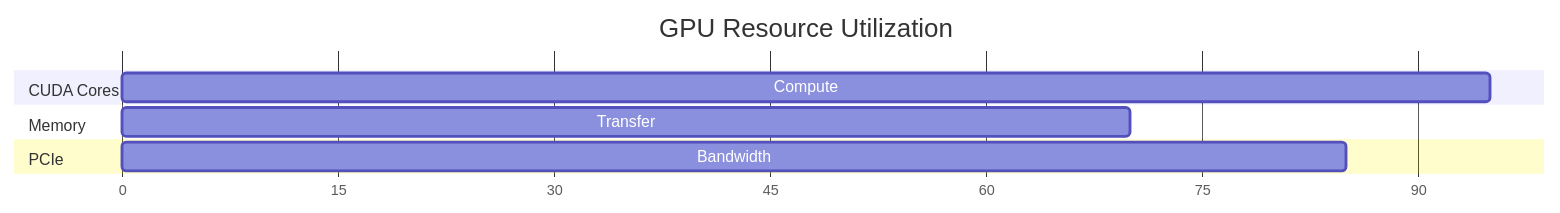
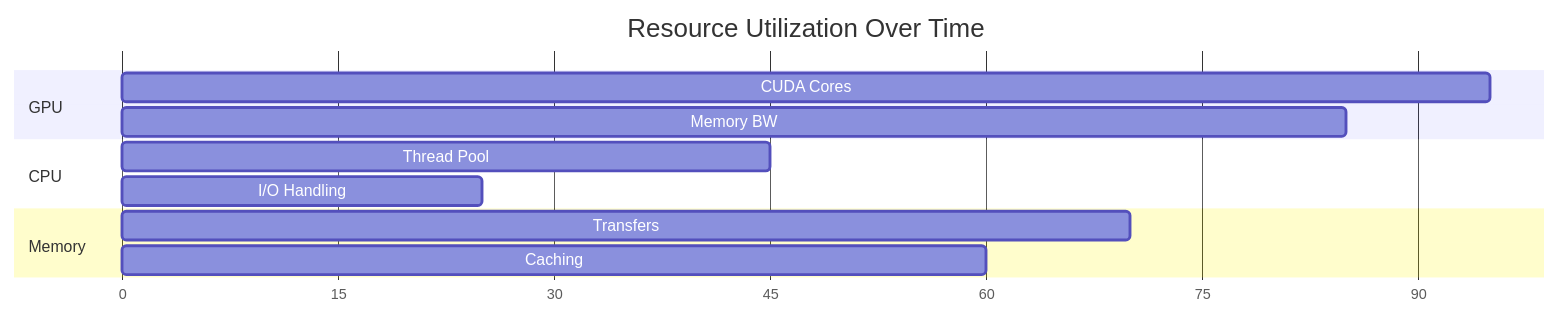
The sixth of 7 diagrams in README.md (donpablonows/coin), drawn with Mermaid before and after one commit. The commit also changed other lines of this file, not shown here.

````diff
--- a/README.md
+++ b/README.md
@@ -658,13 +710,18 @@
 ```mermaid
 gantt
-    title GPU Resource Utilization
-    dateFormat  X
+    title Resource Utilization Over Time
+    dateFormat X
     axisFormat %s
-
-    section CUDA Cores
-    Compute    :0, 95
+    
+    section GPU
+    CUDA Cores    :0, 95
+    Memory BW     :0, 85
+    
+    section CPU
+    Thread Pool   :0, 45
+    I/O Handling  :0, 25
+    
     section Memory
-    Transfer   :0, 70
-    section PCIe
-    Bandwidth  :0, 85
+    Transfers     :0, 70
+    Caching       :0, 60
 ```
````
